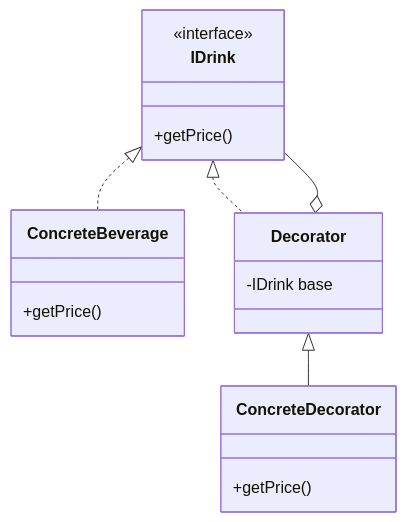
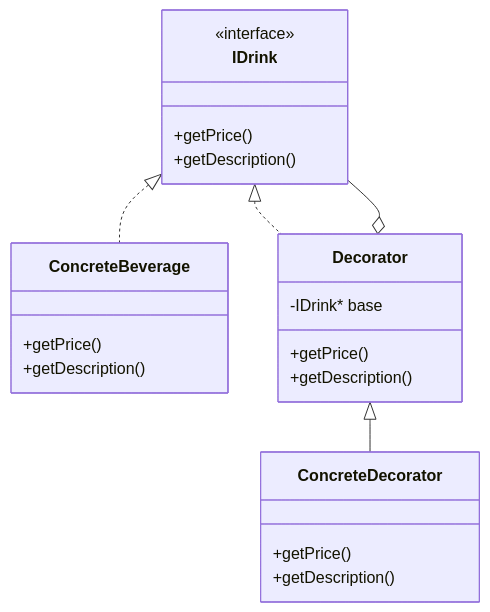
Before and after one commit to kumachan1101-pixel/DesignPattern: the fifth of 5 diagrams in kindle/design-patterns/output/chapter06.md, drawn with Mermaid. The commit also changed other lines of this file and 10 other files, not shown here.

````diff
--- a/kindle/design-patterns/output/chapter06.md
+++ b/kindle/design-patterns/output/chapter06.md
@@ -1471,21 +985,25 @@
 ```mermaid
 classDiagram
     class IDrink {
         <<interface>>
         +getPrice()
+        +getDescription()
     }
     class ConcreteBeverage {
         +getPrice()
+        +getDescription()
     }
     class Decorator {
-        -IDrink base
+        -IDrink* base
+        +getPrice()
+        +getDescription()
     }
     class ConcreteDecorator {
         +getPrice()
+        +getDescription()
     }
     IDrink <|.. ConcreteBeverage
     IDrink <|.. Decorator
     Decorator o-- IDrink
     Decorator <|-- ConcreteDecorator
-
 ```
````
